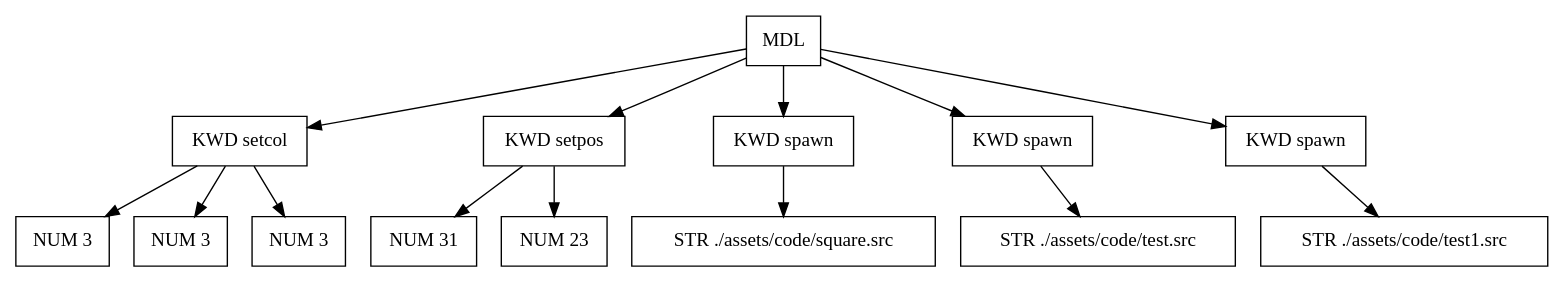
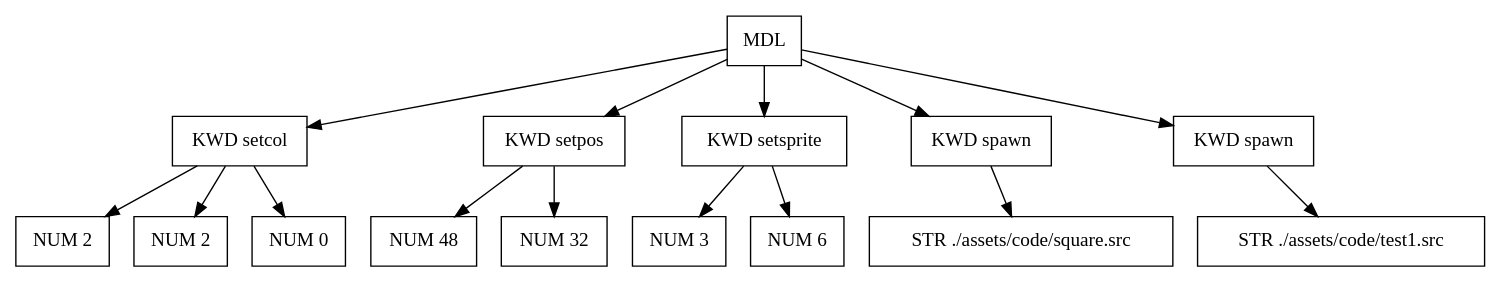
One commit to seanbutler/Morris changed the diagram in assets/code/main.src.gv. Above: the diagram before and after it, drawn with Graphviz. The commit also changed 25 other files, not shown here.

```diff
--- a/assets/code/main.src.gv
+++ b/assets/code/main.src.gv
@@ -1,30 +1,32 @@
 digraph G {
 node [shape = circle];
-node0 [ uuid = "57bfcaf0-8a40-46cc-b28a-07a7006813d4" shape = "record" label = "MDL " ];
-node1 [ uuid = "7cbef099-27f2-4c2f-995f-697d056febe1" shape = "record" label = "KWD setcol" ];
-node2 [ uuid = "5f98874b-2f25-47f6-96f7-4cc5fe5bd230" shape = "record" label = "NUM 3" ];
+node0 [ uuid = "9db0fb85-e7e3-4fa9-83f2-3698d16229de" shape = "record" label = "MDL " ];
+node1 [ uuid = "c50e1ed7-f219-44e7-bc77-e4b1cf5d7a4a" shape = "record" label = "KWD setcol" ];
+node2 [ uuid = "2cd5da7d-de83-4273-a450-0389cd9835f5" shape = "record" label = "NUM 2" ];
 node1 -> node2;
-node3 [ uuid = "255f8f30-7153-4b8e-a443-a60683be9a69" shape = "record" label = "NUM 3" ];
+node3 [ uuid = "2aa95862-7598-45cc-851b-eae2082ba9e0" shape = "record" label = "NUM 2" ];
 node1 -> node3;
-node4 [ uuid = "9cbd095e-2f4b-4ea4-94a0-1eb0b087ffdb" shape = "record" label = "NUM 3" ];
+node4 [ uuid = "592badb0-2f3e-4505-8fb5-59b02560d52c" shape = "record" label = "NUM 0" ];
 node1 -> node4;
 node0 -> node1;
-node5 [ uuid = "6f613bc0-720a-45f8-8cc8-008a023708e3" shape = "record" label = "KWD setpos" ];
-node6 [ uuid = "00cf1c1b-2a4c-4657-a422-d8448d4a6b28" shape = "record" label = "NUM 31" ];
+node5 [ uuid = "cb7c94e2-168c-47d1-b2d8-84006ba34216" shape = "record" label = "KWD setpos" ];
+node6 [ uuid = "d4ef514c-4f8e-4196-94a0-80e54772ecaf" shape = "record" label = "NUM 48" ];
 node5 -> node6;
-node7 [ uuid = "edb2c64c-35b6-4d60-92a5-9923aad3d9a0" shape = "record" label = "NUM 23" ];
+node7 [ uuid = "d8bc3d4f-9e0b-4a5b-a846-426209398001" shape = "record" label = "NUM 32" ];
 node5 -> node7;
 node0 -> node5;
-node8 [ uuid = "40508832-de94-4a32-b122-6bb2ba1ea7de" shape = "record" label = "KWD spawn" ];
-node9 [ uuid = "e9b867cc-f597-48fa-b3af-a4613f65123a" shape = "record" label = "STR ./assets/code/square.src" ];
+node8 [ uuid = "0990e20a-b527-49b8-9107-a023a5d16dbd" shape = "record" label = "KWD setsprite" ];
+node9 [ uuid = "0762f662-972f-47be-aa0c-51190096da0d" shape = "record" label = "NUM 3" ];
 node8 -> node9;
+node10 [ uuid = "c76e020e-42a4-4973-be0d-4c4a8c972a7f" shape = "record" label = "NUM 6" ];
+node8 -> node10;
 node0 -> node8;
-node10 [ uuid = "679be693-cdf6-41f9-afad-37142ca03eed" shape = "record" label = "KWD spawn" ];
-node11 [ uuid = "f03a9c04-4a04-4a11-b9d7-ef722e6188ea" shape = "record" label = "STR ./assets/code/test.src" ];
-node10 -> node11;
-node0 -> node10;
-node12 [ uuid = "f205f037-d413-4dc1-ab4a-3f1a7ca10e1f" shape = "record" label = "KWD spawn" ];
-node13 [ uuid = "5f911af1-6a9b-4521-ae41-c64f02979823" shape = "record" label = "STR ./assets/code/test1.src" ];
-node12 -> node13;
-node0 -> node12;
+node11 [ uuid = "ce26ddcb-90cc-4640-af32-6699b808b727" shape = "record" label = "KWD spawn" ];
+node12 [ uuid = "87067d8f-f430-466a-aec1-160ee6fb436f" shape = "record" label = "STR ./assets/code/square.src" ];
+node11 -> node12;
+node0 -> node11;
+node13 [ uuid = "8fa9e7ae-b6b1-4aa2-a145-be4ca847dba3" shape = "record" label = "KWD spawn" ];
+node14 [ uuid = "9f50b6e7-3aa7-4d2b-96e5-8c04905b4792" shape = "record" label = "STR ./assets/code/test1.src" ];
+node13 -> node14;
+node0 -> node13;
 }
```
